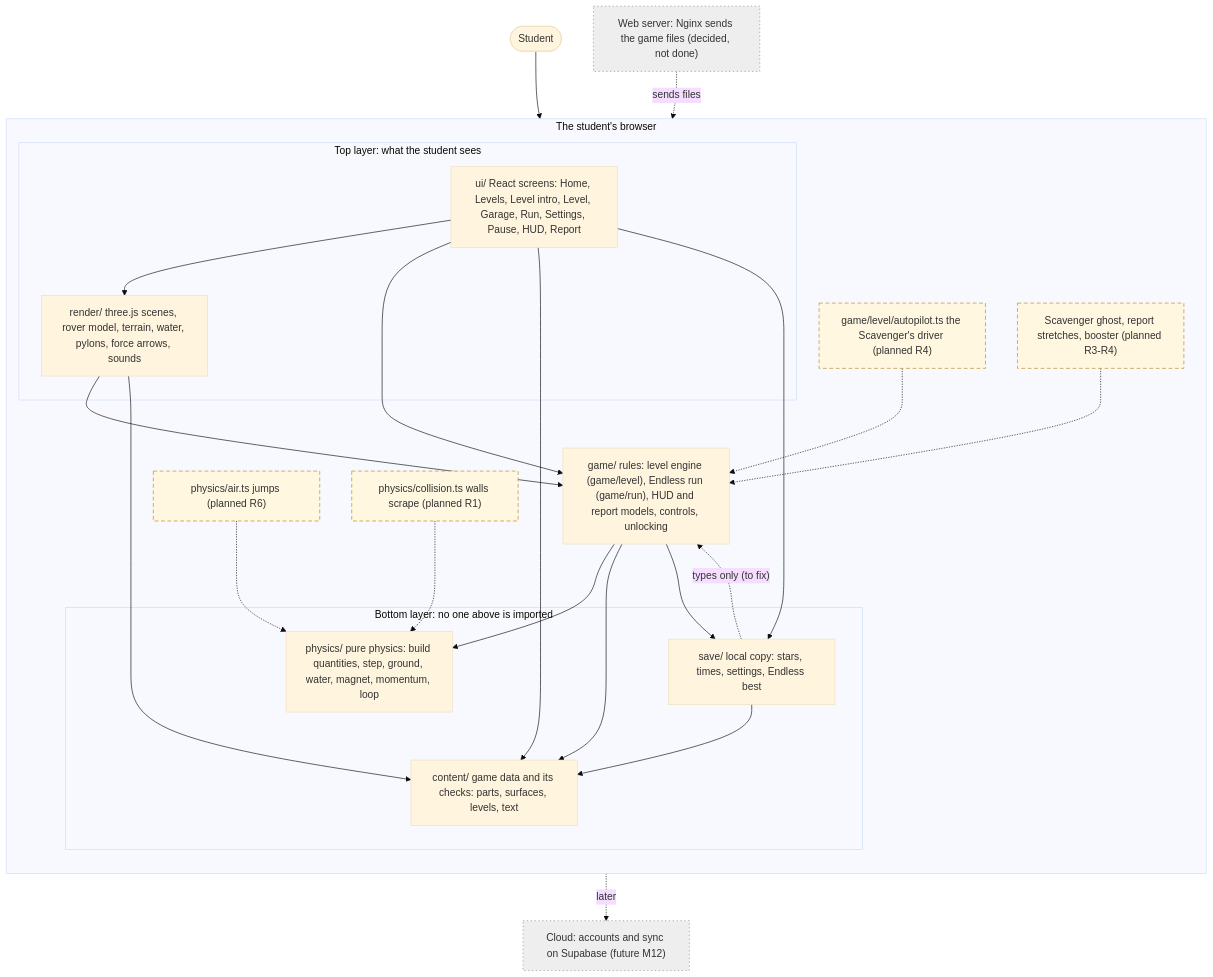
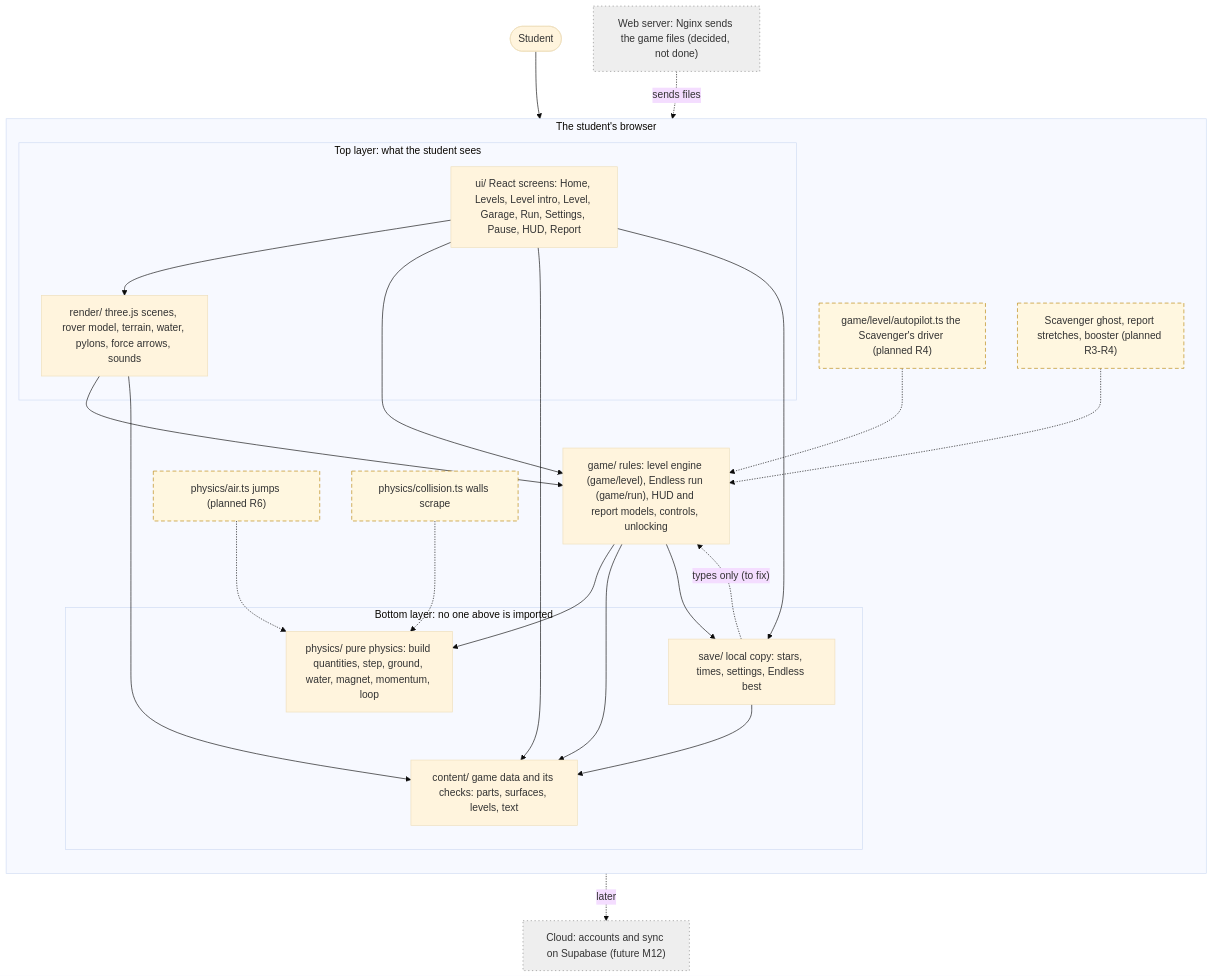
The diagram in docs/specs/v2/Architecture_v2.md (muz2k247/Rovem), drawn with Mermaid (base theme) before and after one commit. The commit also changed other lines of this file and 69 other files, not shown here.

First line of the commit message:
R1: remove stops, walls scrape, wheels and engine fixes, maps and dev tools

````diff
--- a/docs/specs/v2/Architecture_v2.md
+++ b/docs/specs/v2/Architecture_v2.md
@@ -23,45 +24,45 @@
 ```mermaid
 flowchart TB
   student(["Student"])
   subgraph BROWSER["The student's browser"]
     direction TB
     subgraph TOP["Top layer: what the student sees"]
       ui["ui/ React screens: Home, Levels, Level intro, Level, Garage, Run, Settings, Pause, HUD, Report"]
       render["render/ three.js scenes, rover model, terrain, water, pylons, force arrows, sounds"]
     end
     game["game/ rules: level engine (game/level), Endless run (game/run), HUD and report models, controls, unlocking"]
     subgraph BOTTOM["Bottom layer: no one above is imported"]
       physics["physics/ pure physics: build quantities, step, ground, water, magnet, momentum, loop"]
       content["content/ game data and its checks: parts, surfaces, levels, text"]
       save["save/ local copy: stars, times, settings, Endless best"]
     end
     air["physics/air.ts jumps (planned R6)"]
-    coll["physics/collision.ts walls scrape (planned R1)"]
+    coll["physics/collision.ts walls scrape"]
     auto["game/level/autopilot.ts the Scavenger's driver (planned R4)"]
     ghost["Scavenger ghost, report stretches, booster (planned R3-R4)"]
   end
   web["Web server: Nginx sends the game files (decided, not done)"]
   cloud["Cloud: accounts and sync on Supabase (future M12)"]
   student --> ui
   ui --> render
   ui --> game
   render --> game
   game --> physics
   game --> content
   game --> save
   render --> content
   ui --> content
   ui --> save
   save --> content
   save -. "types only (to fix)" .-> game
   air -.-> physics
   coll -.-> physics
   auto -.-> game
   ghost -.-> game
   web -. "sends files" .-> BROWSER
   save -. "later" .-> cloud
   classDef planned stroke-dasharray: 6 4,fill:#fff7e0,stroke:#b8860b
   classDef future stroke-dasharray: 2 4,fill:#eeeeee,stroke:#888888
   class air,coll,auto,ghost planned
   class cloud,web future
 ```
````
